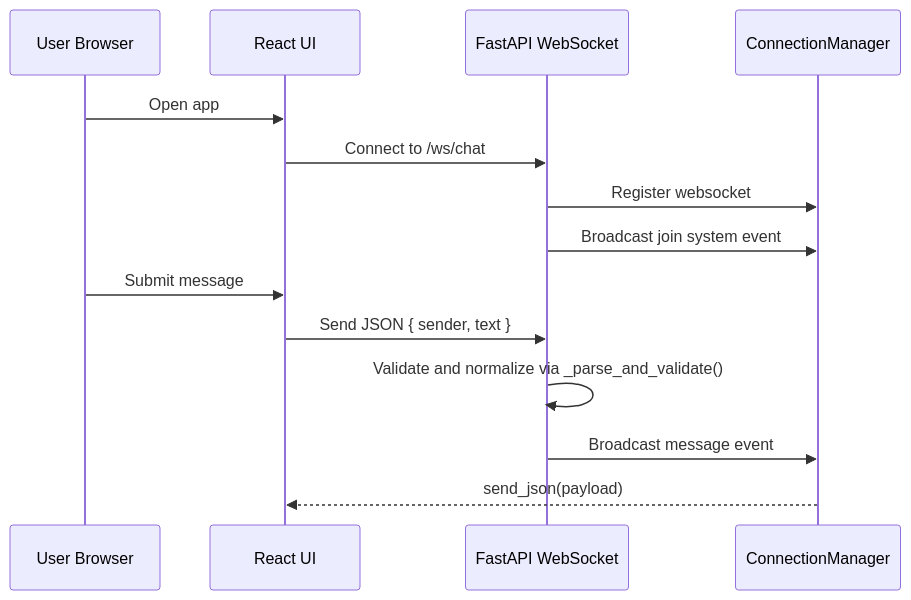
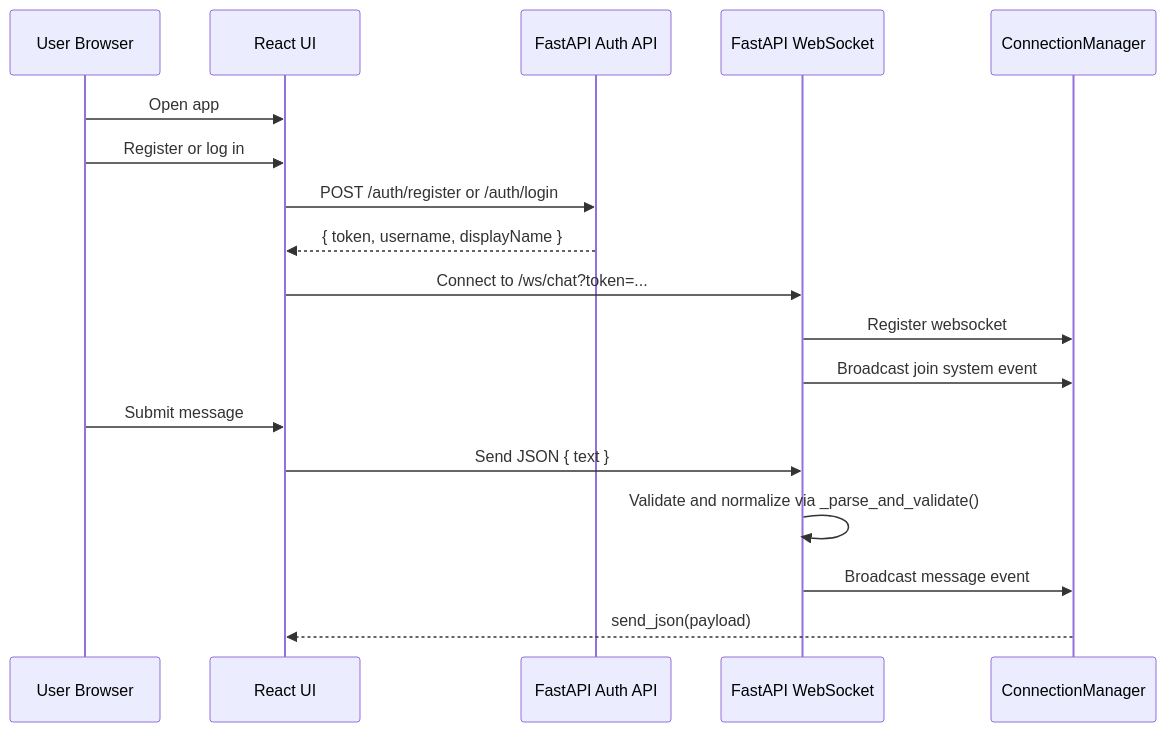
The first of 2 diagrams in arch/data-flow.md (stigmergist/VibeArch), drawn with Mermaid before and after one commit. The commit also changed other lines of this file and 15 other files, not shown here.

````diff
--- a/arch/data-flow.md
+++ b/arch/data-flow.md
@@ -5,17 +5,21 @@
 ```mermaid
 sequenceDiagram
    participant U as User Browser
    participant F as React UI
+   participant A as FastAPI Auth API
    participant B as FastAPI WebSocket
    participant M as ConnectionManager
 
    U->>F: Open app
-   F->>B: Connect to /ws/chat
+   U->>F: Register or log in
+   F->>A: POST /auth/register or /auth/login
+   A-->>F: { token, username, displayName }
+   F->>B: Connect to /ws/chat?token=...
    B->>M: Register websocket
    B->>M: Broadcast join system event
    U->>F: Submit message
-   F->>B: Send JSON { sender, text }
+   F->>B: Send JSON { text }
    B->>B: Validate and normalize via _parse_and_validate()
    B->>M: Broadcast message event
    M-->>F: send_json(payload)
 ```
````
